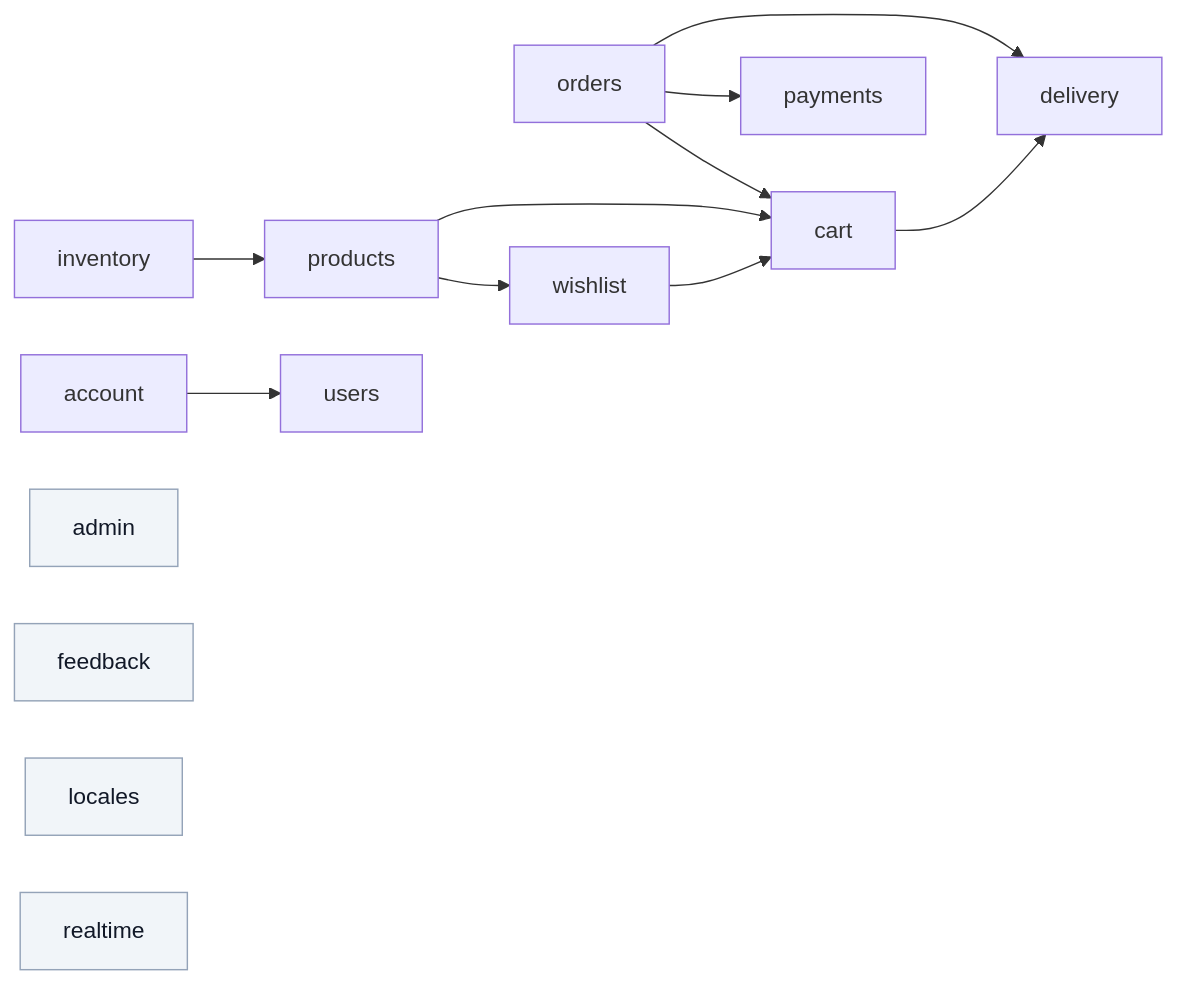
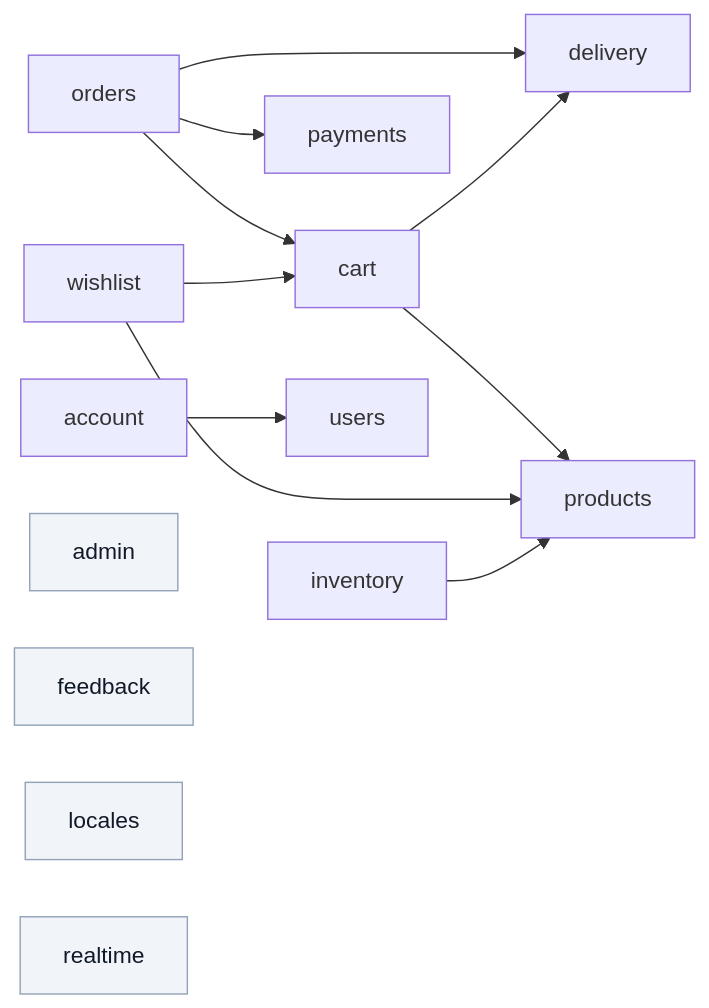
The first of 3 diagrams in docs/theory/layers.md (Guebbit/boilerplate-vue-frontend), drawn with Mermaid before and after one commit. The commit also changed other lines of this file and 65 other files, not shown here.

First line of the commit message:
refactor(app): the shell stops importing account, and cart reads products, not the reverse

````diff
--- a/docs/theory/layers.md
+++ b/docs/theory/layers.md
@@ -58,20 +58,20 @@
 ```mermaid
 %%{init: {'flowchart': {'nodeSpacing': 40, 'rankSpacing': 50}}}%%
 flowchart LR
     orders --> cart
     orders --> delivery
     orders --> payments
     cart --> delivery
-    products --> cart
-    products --> wishlist
+    cart --> products
+    wishlist --> products
     wishlist --> cart
     inventory --> products
     account --> users
 
     admin:::leaf
     feedback:::leaf
     locales:::leaf
     realtime:::leaf
 
     classDef leaf fill:#f1f5f9,stroke:#94a3b8,color:#111827;
 ```
````
